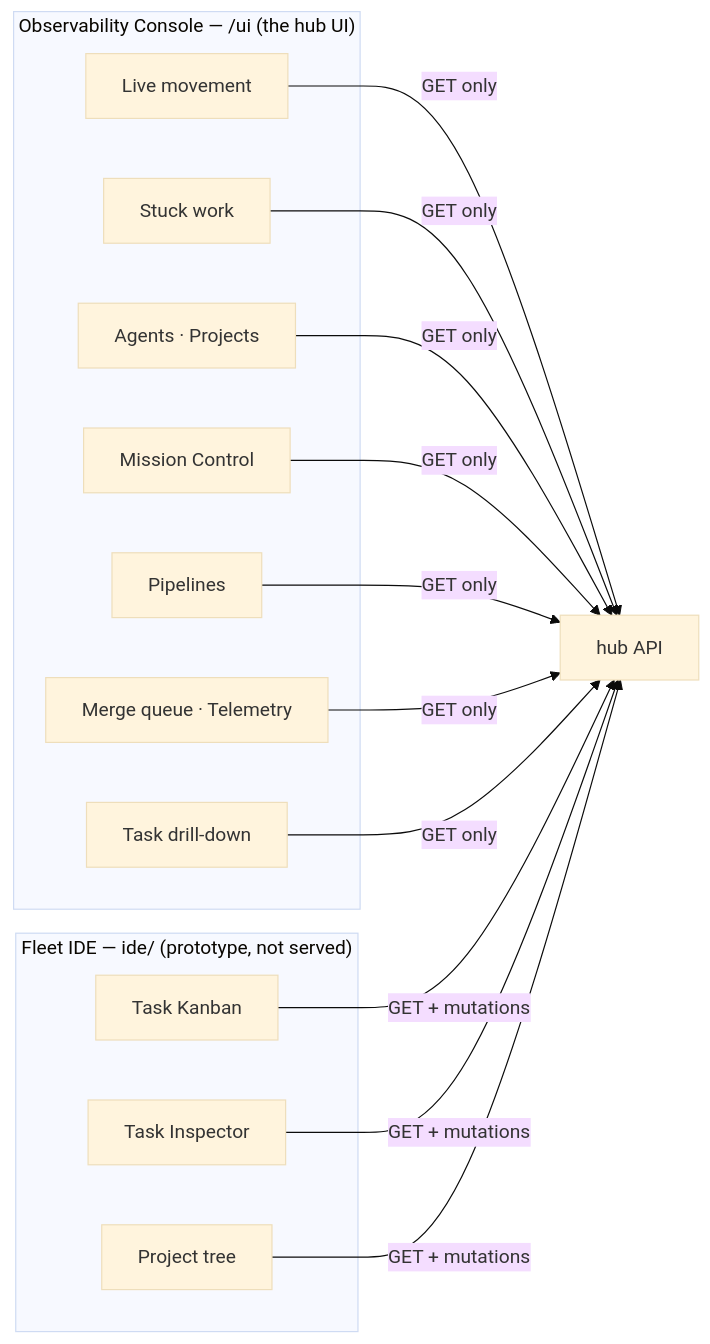
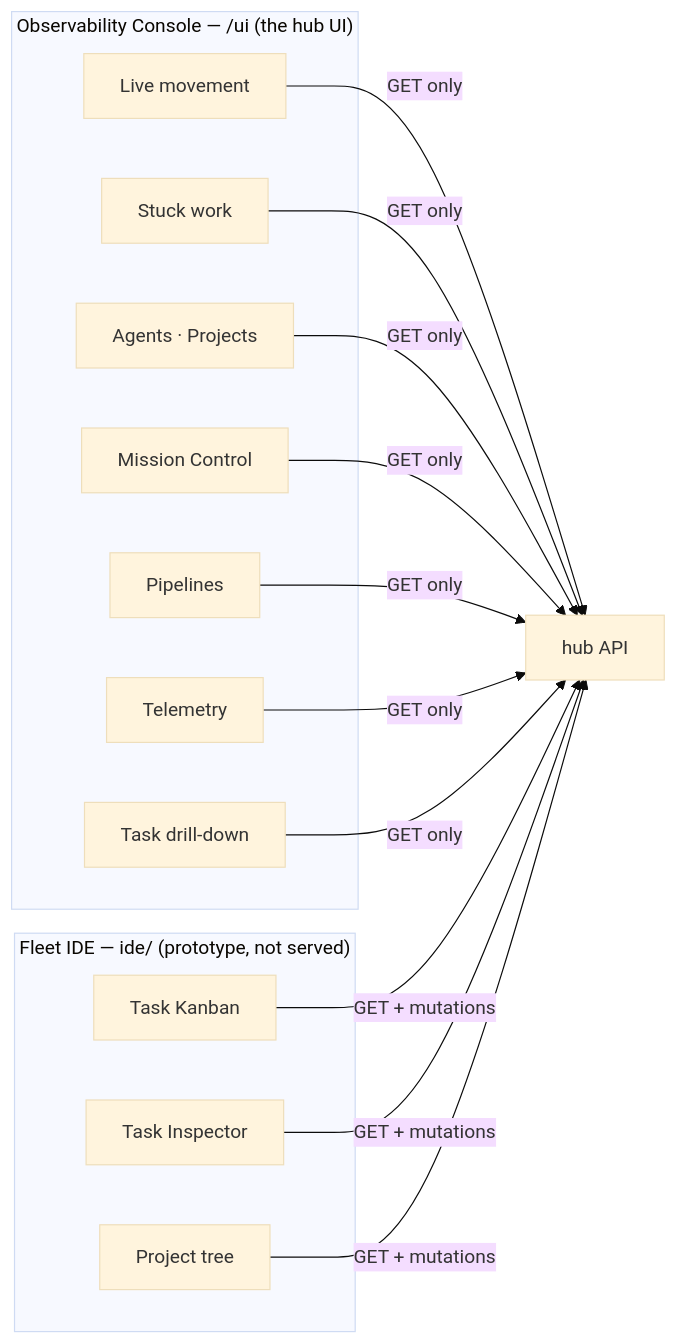
The diagram in docs/guide/04-ui.md (jordanhubbard/mac), drawn with Mermaid (base theme) before and after one commit. The commit also changed other lines of this file and 50 other files, not shown here.

````diff
--- a/docs/guide/04-ui.md
+++ b/docs/guide/04-ui.md
@@ -15,20 +15,20 @@
 ```mermaid
 graph LR
     subgraph "Observability Console — /ui (the hub UI)"
         C1["Live movement"]
         C2["Stuck work"]
         C3["Agents · Projects"]
         C3b["Mission Control"]
         C4["Pipelines"]
-        C5["Merge queue · Telemetry"]
+        C5["Telemetry"]
         C6["Task drill-down"]
     end
     subgraph "Fleet IDE — ide/ (prototype, not served)"
         I1["Task Kanban"]
         I2["Task Inspector"]
         I3["Project tree"]
     end
     API["hub API"]
     C1 & C2 & C3 & C3b & C4 & C5 & C6 -->|GET only| API
     I1 & I2 & I3 -->|GET + mutations| API
 ```
````
